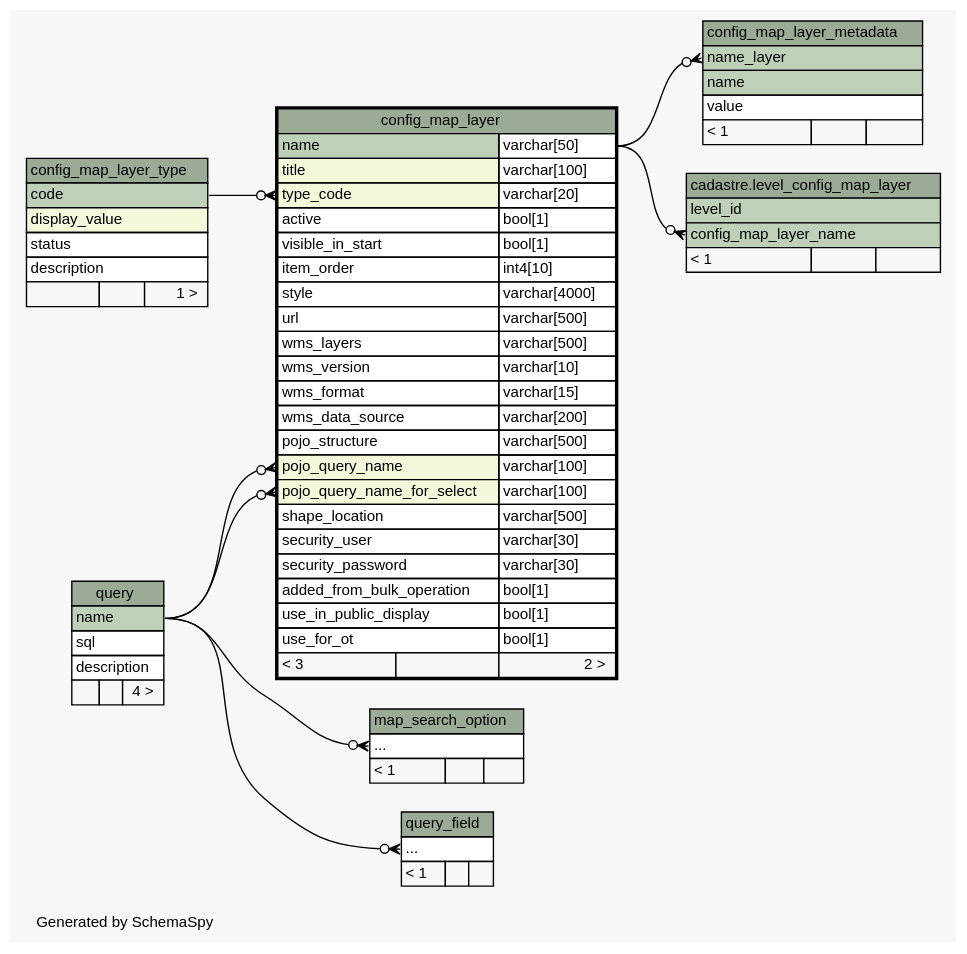
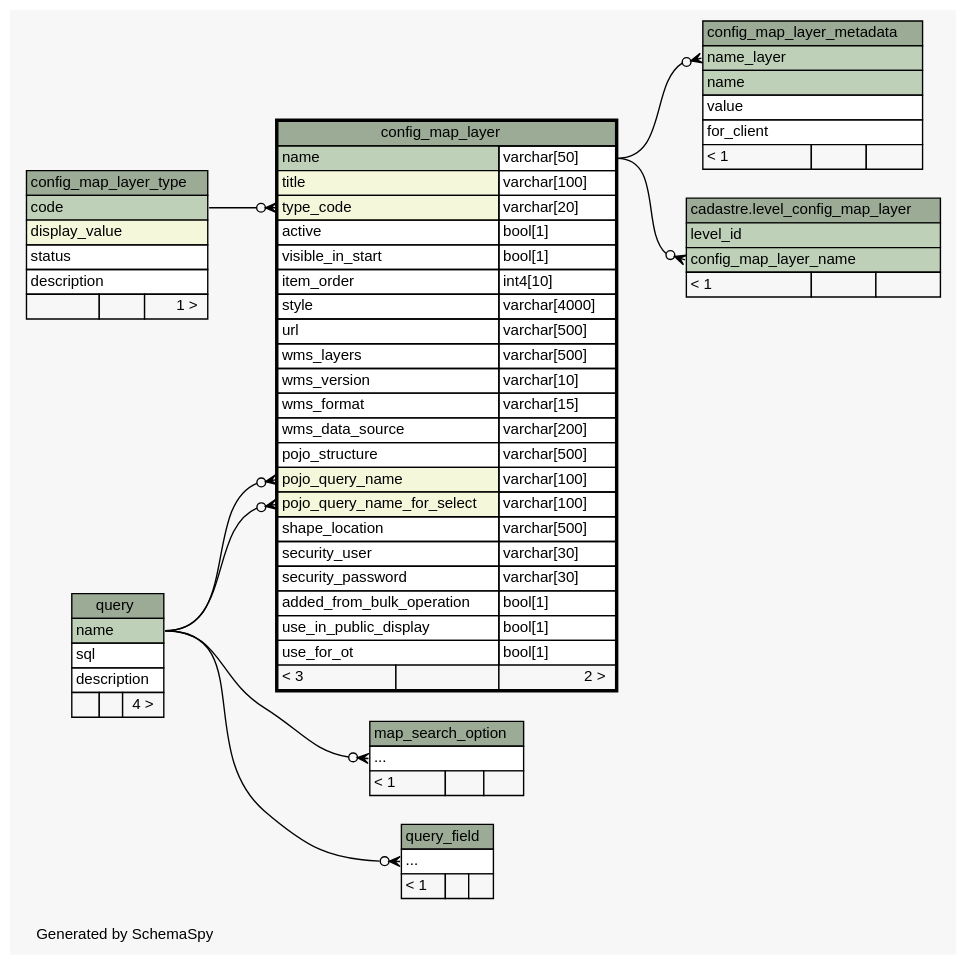
The diagram in doc/system/diagrams/config_map_layer.2degrees.dot (OpenTenure/database), drawn with Graphviz before and after one commit. The commit also changed 370 other files, not shown here.

```diff
--- a/doc/system/diagrams/config_map_layer.2degrees.dot
+++ b/doc/system/diagrams/config_map_layer.2degrees.dot
@@ -1,127 +1,128 @@
 // dot 2.36.0 on Windows 7 6.1
 // SchemaSpy rev 590
 digraph "twoDegreesRelationshipsDiagram" {
   graph [
     rankdir="RL"
     bgcolor="#f7f7f7"
     label="\nGenerated by SchemaSpy"
     labeljust="l"
     nodesep="0.18"
     ranksep="0.46"
     fontname="Helvetica"
     fontsize="11"
   ];
   node [
     fontname="Helvetica"
     fontsize="11"
     shape="plaintext"
   ];
   edge [
     arrowsize="0.8"
   ];
   "config_map_layer":"pojo_query_name":w -> "query":"name":e [arrowhead=none dir=back arrowtail=crowodot];
   "config_map_layer":"pojo_query_name_for_select":w -> "query":"name":e [arrowhead=none dir=back arrowtail=crowodot];
   "config_map_layer":"type_code":w -> "config_map_layer_type":"code":e [arrowhead=none dir=back arrowtail=crowodot];
   "config_map_layer_metadata":"name_layer":w -> "config_map_layer":"name.type":e [arrowhead=none dir=back arrowtail=crowodot];
   "cadastre.level_config_map_layer":"config_map_layer_name":w -> "config_map_layer":"name.type":e [arrowhead=none dir=back arrowtail=crowodot];
   "map_search_option":"elipses":w -> "query":"name":e [arrowhead=none dir=back arrowtail=crowodot];
   "query_field":"elipses":w -> "query":"name":e [arrowhead=none dir=back arrowtail=crowodot];
   "config_map_layer" [
     label=<
     <TABLE BORDER="2" CELLBORDER="1" CELLSPACING="0" BGCOLOR="#ffffff">
       <TR><TD COLSPAN="3" BGCOLOR="#9bab96" ALIGN="CENTER">config_map_layer</TD></TR>
       <TR><TD PORT="name" COLSPAN="2" BGCOLOR="#bed1b8" ALIGN="LEFT">name</TD><TD PORT="name.type" ALIGN="LEFT">varchar[50]</TD></TR>
       <TR><TD PORT="title" COLSPAN="2" BGCOLOR="#f4f7da" ALIGN="LEFT">title</TD><TD PORT="title.type" ALIGN="LEFT">varchar[100]</TD></TR>
       <TR><TD PORT="type_code" COLSPAN="2" BGCOLOR="#f4f7da" ALIGN="LEFT">type_code</TD><TD PORT="type_code.type" ALIGN="LEFT">varchar[20]</TD></TR>
       <TR><TD PORT="active" COLSPAN="2" ALIGN="LEFT">active</TD><TD PORT="active.type" ALIGN="LEFT">bool[1]</TD></TR>
       <TR><TD PORT="visible_in_start" COLSPAN="2" ALIGN="LEFT">visible_in_start</TD><TD PORT="visible_in_start.type" ALIGN="LEFT">bool[1]</TD></TR>
       <TR><TD PORT="item_order" COLSPAN="2" ALIGN="LEFT">item_order</TD><TD PORT="item_order.type" ALIGN="LEFT">int4[10]</TD></TR>
       <TR><TD PORT="style" COLSPAN="2" ALIGN="LEFT">style</TD><TD PORT="style.type" ALIGN="LEFT">varchar[4000]</TD></TR>
       <TR><TD PORT="url" COLSPAN="2" ALIGN="LEFT">url</TD><TD PORT="url.type" ALIGN="LEFT">varchar[500]</TD></TR>
       <TR><TD PORT="wms_layers" COLSPAN="2" ALIGN="LEFT">wms_layers</TD><TD PORT="wms_layers.type" ALIGN="LEFT">varchar[500]</TD></TR>
       <TR><TD PORT="wms_version" COLSPAN="2" ALIGN="LEFT">wms_version</TD><TD PORT="wms_version.type" ALIGN="LEFT">varchar[10]</TD></TR>
       <TR><TD PORT="wms_format" COLSPAN="2" ALIGN="LEFT">wms_format</TD><TD PORT="wms_format.type" ALIGN="LEFT">varchar[15]</TD></TR>
       <TR><TD PORT="wms_data_source" COLSPAN="2" ALIGN="LEFT">wms_data_source</TD><TD PORT="wms_data_source.type" ALIGN="LEFT">varchar[200]</TD></TR>
       <TR><TD PORT="pojo_structure" COLSPAN="2" ALIGN="LEFT">pojo_structure</TD><TD PORT="pojo_structure.type" ALIGN="LEFT">varchar[500]</TD></TR>
       <TR><TD PORT="pojo_query_name" COLSPAN="2" BGCOLOR="#f4f7da" ALIGN="LEFT">pojo_query_name</TD><TD PORT="pojo_query_name.type" ALIGN="LEFT">varchar[100]</TD></TR>
       <TR><TD PORT="pojo_query_name_for_select" COLSPAN="2" BGCOLOR="#f4f7da" ALIGN="LEFT">pojo_query_name_for_select</TD><TD PORT="pojo_query_name_for_select.type" ALIGN="LEFT">varchar[100]</TD></TR>
       <TR><TD PORT="shape_location" COLSPAN="2" ALIGN="LEFT">shape_location</TD><TD PORT="shape_location.type" ALIGN="LEFT">varchar[500]</TD></TR>
       <TR><TD PORT="security_user" COLSPAN="2" ALIGN="LEFT">security_user</TD><TD PORT="security_user.type" ALIGN="LEFT">varchar[30]</TD></TR>
       <TR><TD PORT="security_password" COLSPAN="2" ALIGN="LEFT">security_password</TD><TD PORT="security_password.type" ALIGN="LEFT">varchar[30]</TD></TR>
       <TR><TD PORT="added_from_bulk_operation" COLSPAN="2" ALIGN="LEFT">added_from_bulk_operation</TD><TD PORT="added_from_bulk_operation.type" ALIGN="LEFT">bool[1]</TD></TR>
       <TR><TD PORT="use_in_public_display" COLSPAN="2" ALIGN="LEFT">use_in_public_display</TD><TD PORT="use_in_public_display.type" ALIGN="LEFT">bool[1]</TD></TR>
       <TR><TD PORT="use_for_ot" COLSPAN="2" ALIGN="LEFT">use_for_ot</TD><TD PORT="use_for_ot.type" ALIGN="LEFT">bool[1]</TD></TR>
       <TR><TD ALIGN="LEFT" BGCOLOR="#f7f7f7">&lt; 3</TD><TD ALIGN="RIGHT" BGCOLOR="#f7f7f7">  </TD><TD ALIGN="RIGHT" BGCOLOR="#f7f7f7">2 &gt;</TD></TR>
     </TABLE>>
     URL="config_map_layer.html"
     tooltip="config_map_layer"
   ];
   "config_map_layer_metadata" [
     label=<
     <TABLE BORDER="0" CELLBORDER="1" CELLSPACING="0" BGCOLOR="#ffffff">
       <TR><TD COLSPAN="3" BGCOLOR="#9bab96" ALIGN="CENTER">config_map_layer_metadata</TD></TR>
       <TR><TD PORT="name_layer" COLSPAN="3" BGCOLOR="#bed1b8" ALIGN="LEFT">name_layer</TD></TR>
       <TR><TD PORT="name" COLSPAN="3" BGCOLOR="#bed1b8" ALIGN="LEFT">name</TD></TR>
       <TR><TD PORT="value" COLSPAN="3" ALIGN="LEFT">value</TD></TR>
+      <TR><TD PORT="for_client" COLSPAN="3" ALIGN="LEFT">for_client</TD></TR>
       <TR><TD ALIGN="LEFT" BGCOLOR="#f7f7f7">&lt; 1</TD><TD ALIGN="RIGHT" BGCOLOR="#f7f7f7">  </TD><TD ALIGN="RIGHT" BGCOLOR="#f7f7f7">  </TD></TR>
     </TABLE>>
     URL="config_map_layer_metadata.html"
     tooltip="config_map_layer_metadata"
   ];
   "config_map_layer_type" [
     label=<
     <TABLE BORDER="0" CELLBORDER="1" CELLSPACING="0" BGCOLOR="#ffffff">
       <TR><TD COLSPAN="3" BGCOLOR="#9bab96" ALIGN="CENTER">config_map_layer_type</TD></TR>
       <TR><TD PORT="code" COLSPAN="3" BGCOLOR="#bed1b8" ALIGN="LEFT">code</TD></TR>
       <TR><TD PORT="display_value" COLSPAN="3" BGCOLOR="#f4f7da" ALIGN="LEFT">display_value</TD></TR>
       <TR><TD PORT="status" COLSPAN="3" ALIGN="LEFT">status</TD></TR>
       <TR><TD PORT="description" COLSPAN="3" ALIGN="LEFT">description</TD></TR>
       <TR><TD ALIGN="LEFT" BGCOLOR="#f7f7f7">  </TD><TD ALIGN="RIGHT" BGCOLOR="#f7f7f7">  </TD><TD ALIGN="RIGHT" BGCOLOR="#f7f7f7">1 &gt;</TD></TR>
     </TABLE>>
     URL="config_map_layer_type.html"
     tooltip="config_map_layer_type"
   ];
   "cadastre.level_config_map_layer" [
     label=<
     <TABLE BORDER="0" CELLBORDER="1" CELLSPACING="0" BGCOLOR="#ffffff">
       <TR><TD COLSPAN="3" BGCOLOR="#9bab96" ALIGN="CENTER">cadastre.level_config_map_layer</TD></TR>
       <TR><TD PORT="level_id" COLSPAN="3" BGCOLOR="#bed1b8" ALIGN="LEFT">level_id</TD></TR>
       <TR><TD PORT="config_map_layer_name" COLSPAN="3" BGCOLOR="#bed1b8" ALIGN="LEFT">config_map_layer_name</TD></TR>
       <TR><TD ALIGN="LEFT" BGCOLOR="#f7f7f7">&lt; 1</TD><TD ALIGN="RIGHT" BGCOLOR="#f7f7f7">  </TD><TD ALIGN="RIGHT" BGCOLOR="#f7f7f7">  </TD></TR>
     </TABLE>>
     URL="../../cadastre/tables/level_config_map_layer.html"
     tooltip="cadastre.level_config_map_layer"
   ];
   "map_search_option" [
     label=<
     <TABLE BORDER="0" CELLBORDER="1" CELLSPACING="0" BGCOLOR="#ffffff">
       <TR><TD COLSPAN="3" BGCOLOR="#9bab96" ALIGN="CENTER">map_search_option</TD></TR>
       <TR><TD PORT="elipses" COLSPAN="3" ALIGN="LEFT">...</TD></TR>
       <TR><TD ALIGN="LEFT" BGCOLOR="#f7f7f7">&lt; 1</TD><TD ALIGN="RIGHT" BGCOLOR="#f7f7f7">  </TD><TD ALIGN="RIGHT" BGCOLOR="#f7f7f7">  </TD></TR>
     </TABLE>>
     URL="map_search_option.html"
     tooltip="map_search_option"
   ];
   "query" [
     label=<
     <TABLE BORDER="0" CELLBORDER="1" CELLSPACING="0" BGCOLOR="#ffffff">
       <TR><TD COLSPAN="3" BGCOLOR="#9bab96" ALIGN="CENTER">query</TD></TR>
       <TR><TD PORT="name" COLSPAN="3" BGCOLOR="#bed1b8" ALIGN="LEFT">name</TD></TR>
       <TR><TD PORT="sql" COLSPAN="3" ALIGN="LEFT">sql</TD></TR>
       <TR><TD PORT="description" COLSPAN="3" ALIGN="LEFT">description</TD></TR>
       <TR><TD ALIGN="LEFT" BGCOLOR="#f7f7f7">  </TD><TD ALIGN="RIGHT" BGCOLOR="#f7f7f7">  </TD><TD ALIGN="RIGHT" BGCOLOR="#f7f7f7">4 &gt;</TD></TR>
     </TABLE>>
     URL="query.html"
     tooltip="query"
   ];
   "query_field" [
     label=<
     <TABLE BORDER="0" CELLBORDER="1" CELLSPACING="0" BGCOLOR="#ffffff">
       <TR><TD COLSPAN="3" BGCOLOR="#9bab96" ALIGN="CENTER">query_field</TD></TR>
       <TR><TD PORT="elipses" COLSPAN="3" ALIGN="LEFT">...</TD></TR>
       <TR><TD ALIGN="LEFT" BGCOLOR="#f7f7f7">&lt; 1</TD><TD ALIGN="RIGHT" BGCOLOR="#f7f7f7">  </TD><TD ALIGN="RIGHT" BGCOLOR="#f7f7f7">  </TD></TR>
     </TABLE>>
     URL="query_field.html"
     tooltip="query_field"
   ];
 }
```
